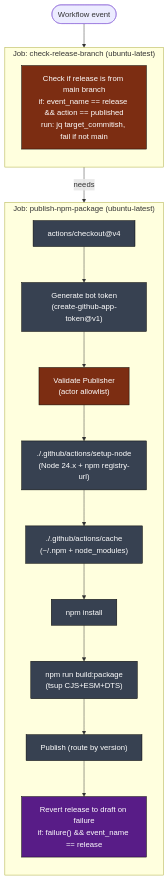
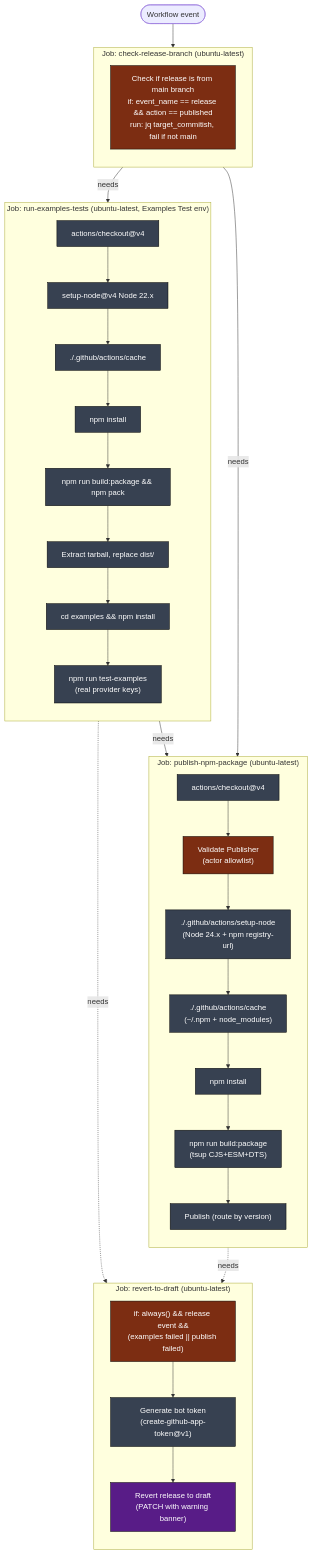
The third of 12 diagrams in .github/docs/PUBLISH_RELEASE_DEEP_DIVE.md (gregreindel/llm-exe), drawn with Mermaid before and after one commit. The commit also changed other lines of this file and 2 other files, not shown here.

First line of the commit message:
docs: sync PUBLISH_RELEASE_DEEP_DIVE after publish-release.yml restructure

````diff
--- a/.github/docs/PUBLISH_RELEASE_DEEP_DIVE.md
+++ b/.github/docs/PUBLISH_RELEASE_DEEP_DIVE.md
@@ -133,31 +140,56 @@
 ```mermaid
 flowchart TB
     classDef job fill:#1e3a8a,color:#fff,stroke:#000
     classDef step fill:#374151,color:#fff,stroke:#000
     classDef gate fill:#7c2d12,color:#fff,stroke:#000
     classDef cleanup fill:#581c87,color:#fff,stroke:#000
 
     start([Workflow event])
     start --> J1
 
     subgraph J1["Job: check-release-branch (ubuntu-latest)"]
         direction TB
         c1["Check if release is from main branch\nif: event_name == release && action == published\nrun: jq target_commitish, fail if not main"]:::gate
     end
 
     J1 -->|needs| J2
 
-    subgraph J2["Job: publish-npm-package (ubuntu-latest)"]
+    subgraph J2["Job: run-examples-tests (ubuntu-latest, Examples Test env)"]
+        direction TB
+        e1["actions/checkout@v4"]:::step
+        e2["setup-node@v4 Node 22.x"]:::step
+        e3["./.github/actions/cache"]:::step
+        e4["npm install"]:::step
+        e5["npm run build:package && npm pack"]:::step
+        e6["Extract tarball, replace dist/"]:::step
+        e7["cd examples && npm install"]:::step
+        e8["npm run test-examples\n(real provider keys)"]:::step
+        e1 --> e2 --> e3 --> e4 --> e5 --> e6 --> e7 --> e8
+    end
+
+    J2 -->|needs| J3
+    J1 -->|needs| J3
+
+    subgraph J3["Job: publish-npm-package (ubuntu-latest)"]
         direction TB
         s1["actions/checkout@v4"]:::step
-        s2["Generate bot token\n(create-github-app-token@v1)"]:::step
-        s3["Validate Publisher\n(actor allowlist)"]:::gate
-        s4["./.github/actions/setup-node\n(Node 24.x + npm registry-url)"]:::step
-        s5["./.github/actions/cache\n(~/.npm + node_modules)"]:::step
-        s6["npm install"]:::step
-        s7["npm run build:package\n(tsup CJS+ESM+DTS)"]:::step
-        s8["Publish (route by version)"]:::step
-        s9["Revert release to draft on failure\nif: failure() && event_name == release"]:::cleanup
-        s1 --> s2 --> s3 --> s4 --> s5 --> s6 --> s7 --> s8 --> s9
+        s2["Validate Publisher\n(actor allowlist)"]:::gate
+        s3["./.github/actions/setup-node\n(Node 24.x + npm registry-url)"]:::step
+        s4["./.github/actions/cache\n(~/.npm + node_modules)"]:::step
+        s5["npm install"]:::step
+        s6["npm run build:package\n(tsup CJS+ESM+DTS)"]:::step
+        s7["Publish (route by version)"]:::step
+        s1 --> s2 --> s3 --> s4 --> s5 --> s6 --> s7
+    end
+
+    J2 -.->|needs| J4
+    J3 -.->|needs| J4
+
+    subgraph J4["Job: revert-to-draft (ubuntu-latest)"]
+        direction TB
+        r1["if: always() && release event &&\n(examples failed || publish failed)"]:::gate
+        r2["Generate bot token\n(create-github-app-token@v1)"]:::step
+        r3["Revert release to draft\n(PATCH with warning banner)"]:::cleanup
+        r1 --> r2 --> r3
     end
 ```
````
